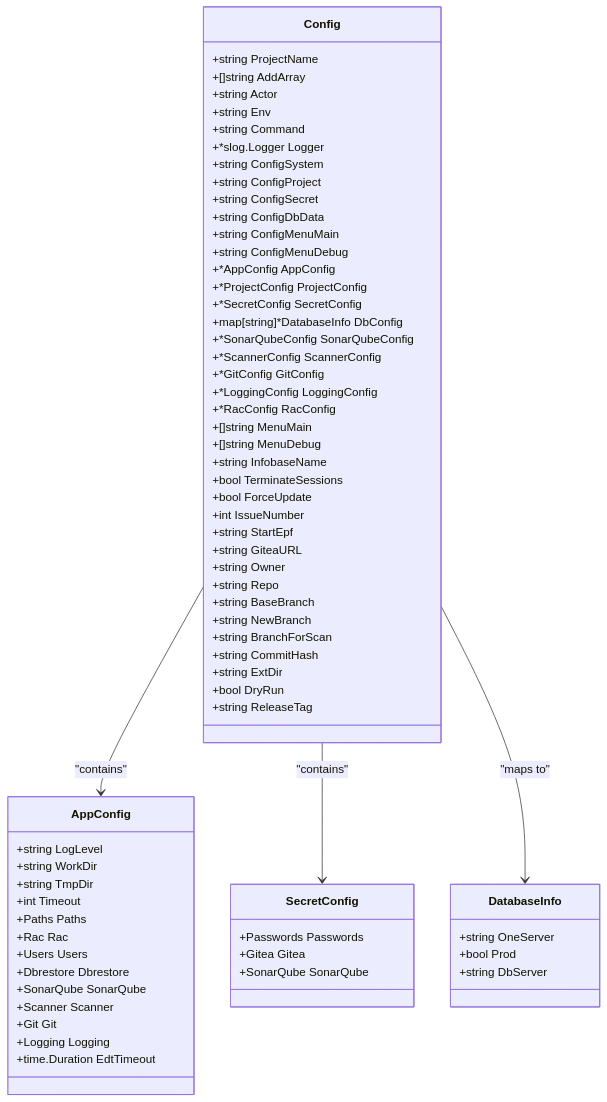
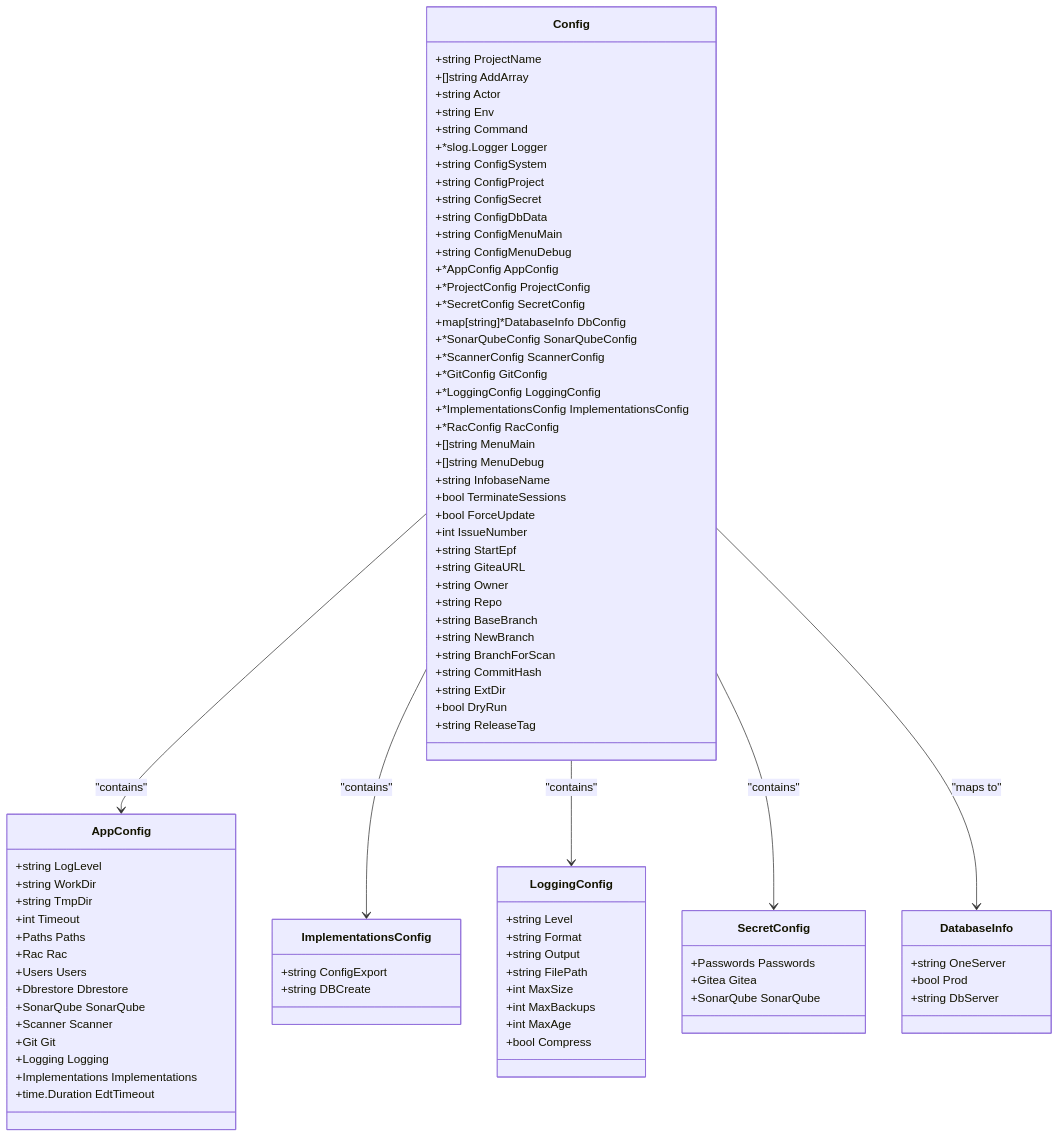
The second of 5 diagrams in .qoder/repowiki/en/content/Configuration Management/Configuration Management.md (Kargones/apk-ci), drawn with Mermaid before and after one commit. The commit also changed other lines of this file and 2036 other files, not shown here.

````diff
--- a/.qoder/repowiki/en/content/Configuration Management/Configuration Management.md
+++ b/.qoder/repowiki/en/content/Configuration Management/Configuration Management.md
@@ -186,6 +207,7 @@
 +*ScannerConfig ScannerConfig
 +*GitConfig GitConfig
 +*LoggingConfig LoggingConfig
++*ImplementationsConfig ImplementationsConfig
 +*RacConfig RacConfig
 +[]string MenuMain
 +[]string MenuDebug
@@ -218,7 +240,22 @@
 +Scanner Scanner
 +Git Git
 +Logging Logging
++Implementations Implementations
 +time.Duration EdtTimeout
+}
+class ImplementationsConfig {
++string ConfigExport
++string DBCreate
+}
+class LoggingConfig {
++string Level
++string Format
++string Output
++string FilePath
++int MaxSize
++int MaxBackups
++int MaxAge
++bool Compress
 }
 class SecretConfig {
 +Passwords Passwords
@@ -231,6 +268,8 @@
 +string DbServer
 }
 Config --> AppConfig : "contains"
+Config --> ImplementationsConfig : "contains"
+Config --> LoggingConfig : "contains"
 Config --> SecretConfig : "contains"
 Config --> DatabaseInfo : "maps to"
 ```
````
